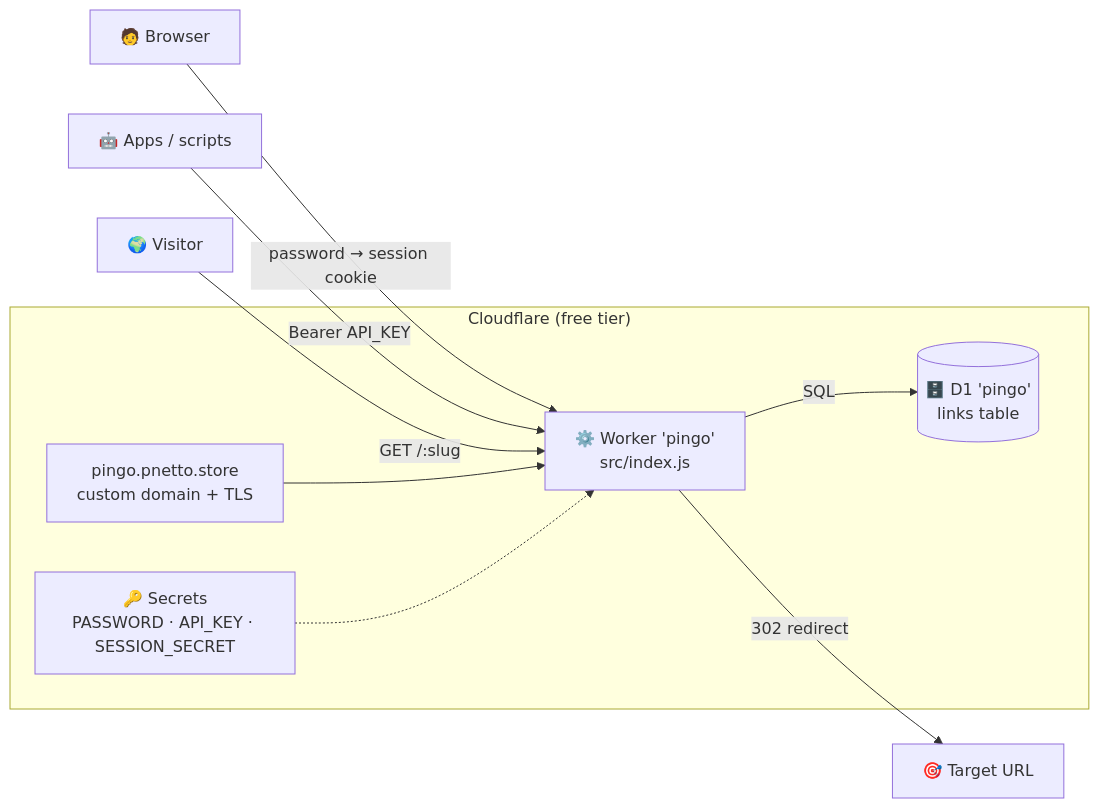
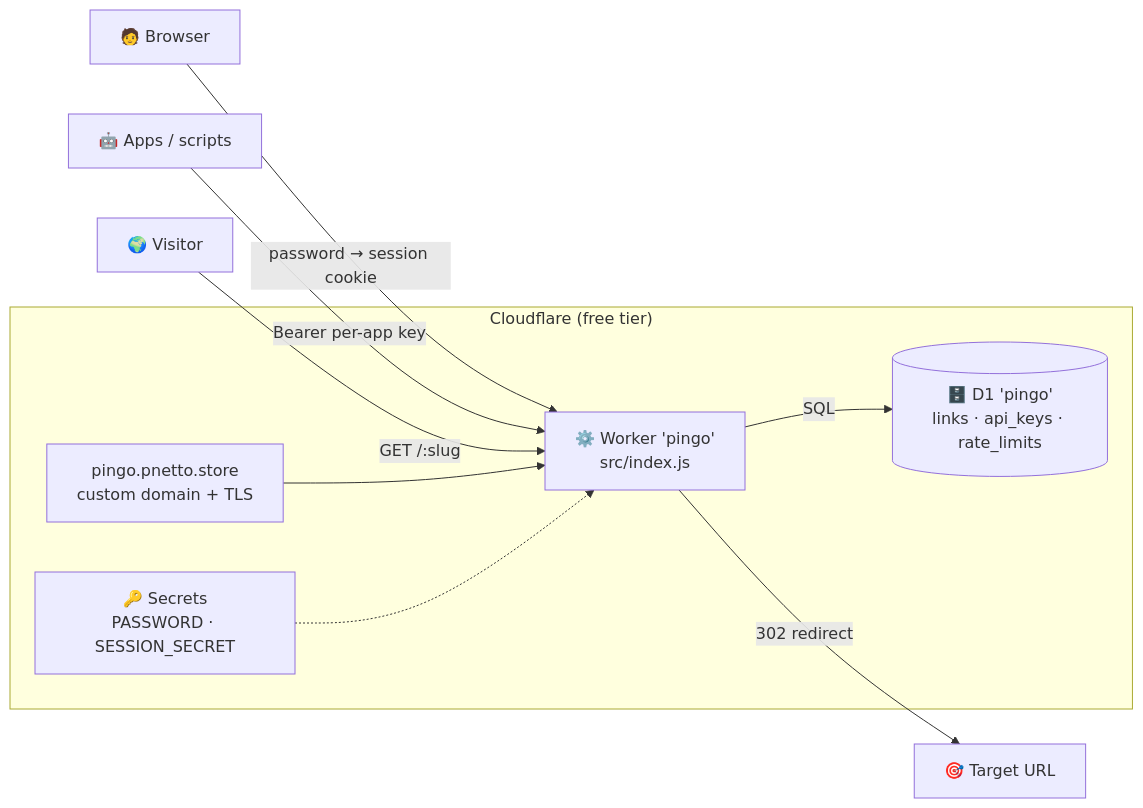
Before and after one commit to pnettto/pingo-shortener: the diagram in README.md, drawn with Mermaid. The commit also changed other lines of this file and 9 other files, not shown here.

Commit message:
Design system UI, pinching-hand logo, API keys, D1 migrations, docs

````diff
--- a/README.md
+++ b/README.md
@@ -10,12 +13,12 @@
 ```mermaid
 flowchart LR
   B["🧑 Browser"] -- "password → session cookie" --> W
-  A["🤖 Apps / scripts"] -- "Bearer API_KEY" --> W
+  A["🤖 Apps / scripts"] -- "Bearer per-app key" --> W
   V["🌍 Visitor"] -- "GET /:slug" --> W
   subgraph CF["Cloudflare (free tier)"]
     DNS["pingo.pnetto.store<br/>custom domain + TLS"] --> W["⚙️ Worker 'pingo'<br/>src/index.js"]
-    W -- "SQL" --> D[("🗄️ D1 'pingo'<br/>links table")]
-    S["🔑 Secrets<br/>PASSWORD · API_KEY · SESSION_SECRET"] -.-> W
+    W -- "SQL" --> D[("🗄️ D1 'pingo'<br/>links · api_keys · rate_limits")]
+    S["🔑 Secrets<br/>PASSWORD · SESSION_SECRET"] -.-> W
   end
   W -- "302 redirect" --> T["🎯 Target URL"]
 ```
````
